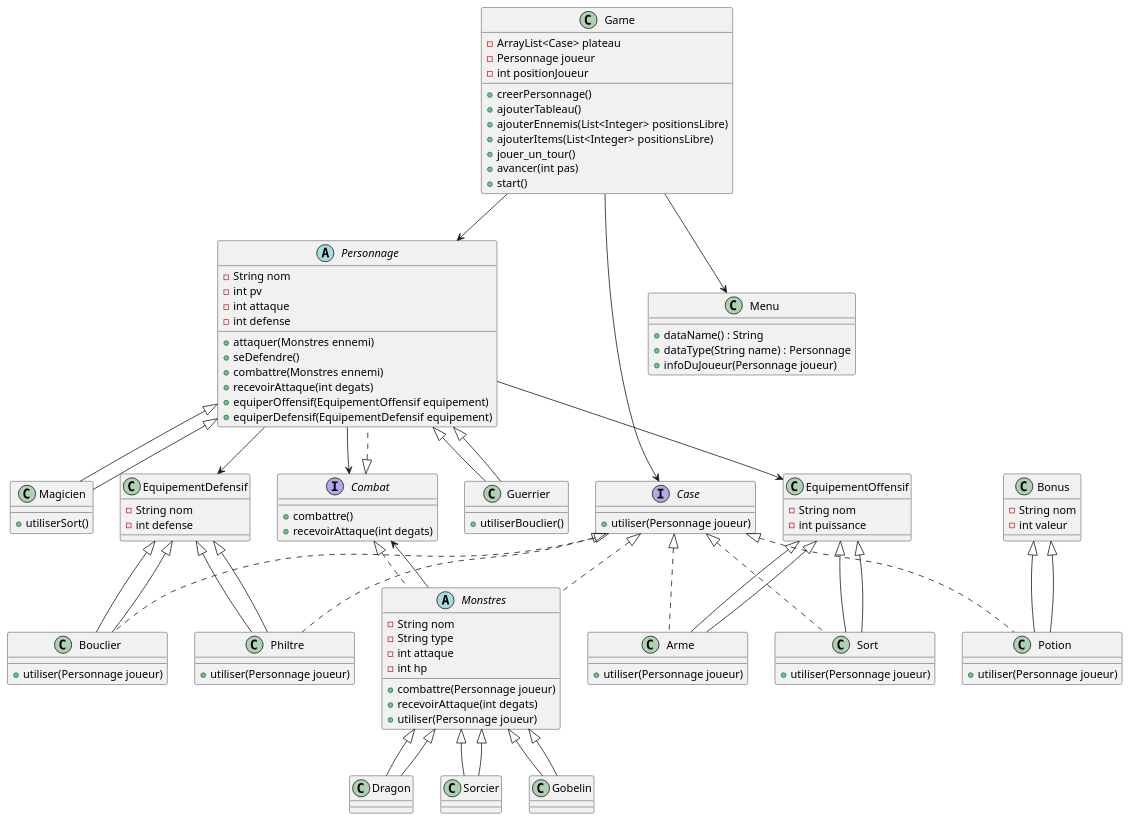
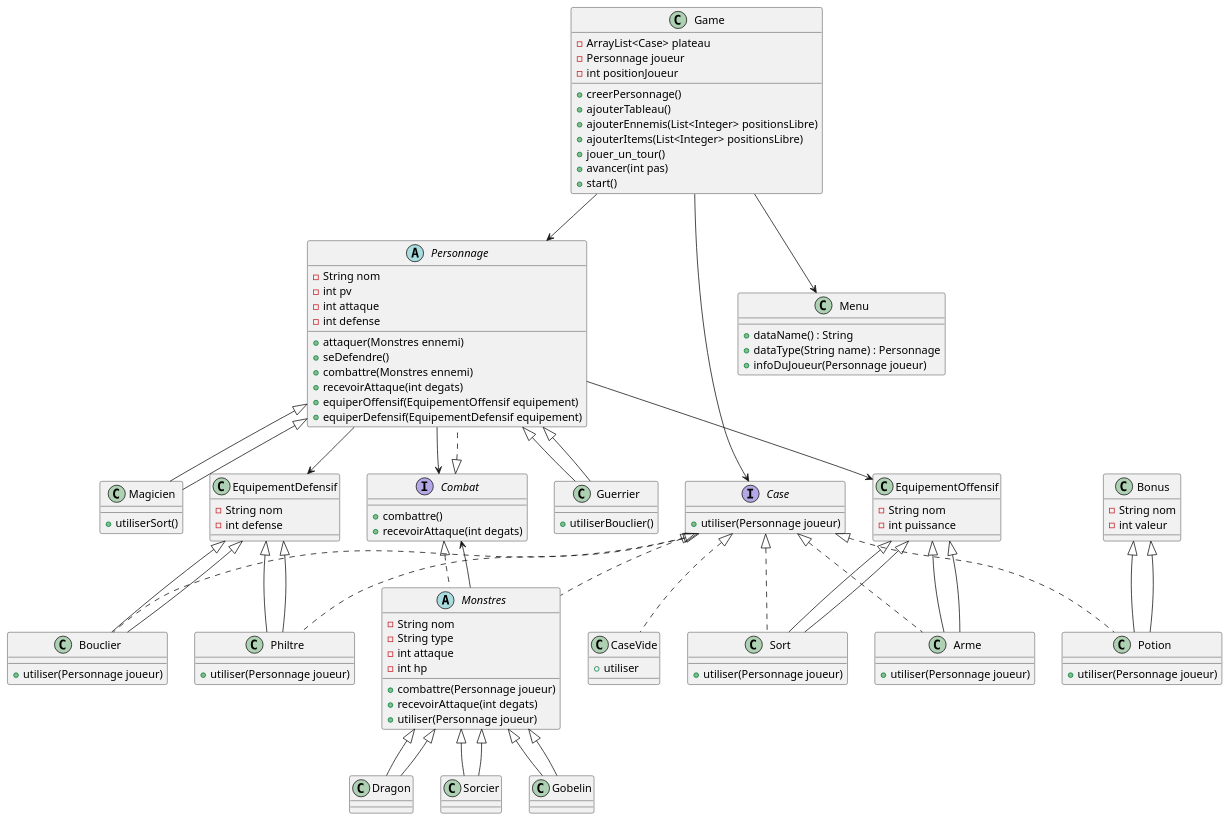
The diagram in class_diagram.puml (Lucasrdh/JavaJdr), drawn with PlantUML before and after one commit. The commit also changed 13 other files, not shown here.

```diff
--- a/class_diagram.puml
+++ b/class_diagram.puml
@@ -1,120 +1,123 @@
 @startuml
 'Diagramme de classe pour le jeu de rôle JavaJDR
 
 class Game {
     - ArrayList<Case> plateau
     - Personnage joueur
     - int positionJoueur
     + creerPersonnage()
     + ajouterTableau()
     + ajouterEnnemis(List<Integer> positionsLibre)
     + ajouterItems(List<Integer> positionsLibre)
     + jouer_un_tour()
     + avancer(int pas)
     + start()
 }
 
 abstract class Personnage implements Combat {
     - String nom
     - int pv
     - int attaque
     - int defense
     + attaquer(Monstres ennemi)
     + seDefendre()
     + combattre(Monstres ennemi)
     + recevoirAttaque(int degats)
     + equiperOffensif(EquipementOffensif equipement)
     + equiperDefensif(EquipementDefensif equipement)
 }
 
 class Guerrier extends Personnage {
     + utiliserBouclier()
 }
 
 class Magicien extends Personnage {
     + utiliserSort()
 }
 
 abstract class Monstres implements Case, Combat {
     - String nom
     - String type
     - int attaque
     - int hp
     + combattre(Personnage joueur)
     + recevoirAttaque(int degats)
     + utiliser(Personnage joueur)
 }
 
 class Dragon extends Monstres {}
 class Sorcier extends Monstres {}
 class Gobelin extends Monstres {}
 
 interface Case {
     + utiliser(Personnage joueur)
+}
+class CaseVide implements Case{
++utiliser
 }
 
 interface Combat {
     + combattre()
     + recevoirAttaque(int degats)
 }
 
 class EquipementOffensif {
     - String nom
     - int puissance
 }
 
 class Arme extends EquipementOffensif implements Case {
     + utiliser(Personnage joueur)
 }
 
 class Sort extends EquipementOffensif implements Case {
     + utiliser(Personnage joueur)
 }
 
 class EquipementDefensif {
     - String nom
     - int defense
 }
 
 class Bouclier extends EquipementDefensif implements Case {
     + utiliser(Personnage joueur)
 }
 
 class Philtre extends EquipementDefensif implements Case {
     + utiliser(Personnage joueur)
 }
 
 class Menu {
     + dataName() : String
     + dataType(String name) : Personnage
     + infoDuJoueur(Personnage joueur)
 }
 
 class Bonus {
     - String nom
     - int valeur
 }
 
 class Potion extends Bonus implements Case {
     + utiliser(Personnage joueur)
 }
 
 Game --> Personnage
 Personnage <|-- Guerrier
 Personnage <|-- Magicien
 Monstres <|-- Dragon
 Monstres <|-- Gobelin
 Monstres <|-- Sorcier
 Personnage --> EquipementOffensif
 Personnage --> EquipementDefensif
 EquipementOffensif <|-- Arme
 EquipementOffensif <|-- Sort
 EquipementDefensif <|-- Bouclier
 EquipementDefensif <|-- Philtre
 Game --> Case
 Monstres --> Combat
 Personnage --> Combat
 Game --> Menu
 Bonus <|-- Potion
 
 @enduml
```
